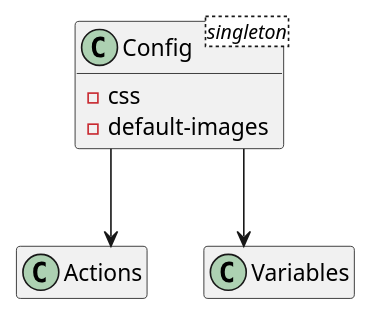
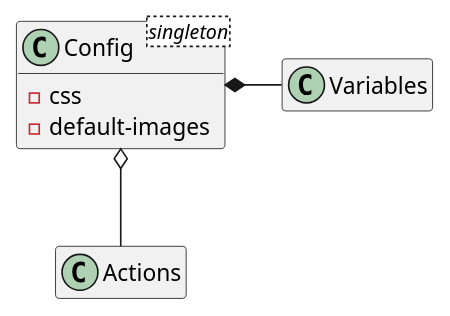
One commit to MARTIMM/SessionManager changed the fifth of 5 diagrams in doc/dispatcher.md. Above: the diagram before and after it, drawn with PlantUML. The commit also changed other lines of this file, not shown here.

````diff
--- a/doc/dispatcher.md
+++ b/doc/dispatcher.md
@@ -200,23 +225,23 @@
 ```plantuml
 @startuml
 
 'scale 0.8
 
 skinparam packageStyle rectangle
 skinparam stereotypeCBackgroundColor #80ffff
 skinparam linetype ortho
 
 set namespaceSeparator ::
 hide empty members
 
 
 class Config <singleton> {
   - css
   - default-images
 }
 
-Config --> Actions
-Config --> Variables
+Config o-- Actions
+Config *- Variables
 
 @enduml
 ```
````
